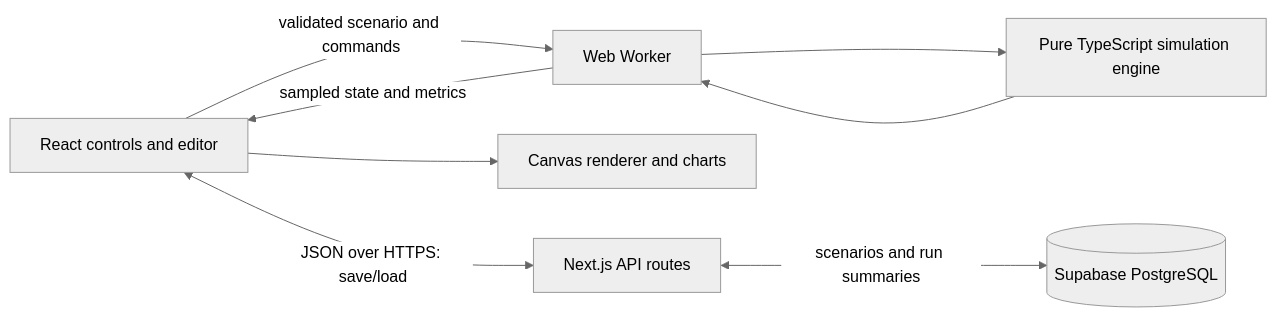
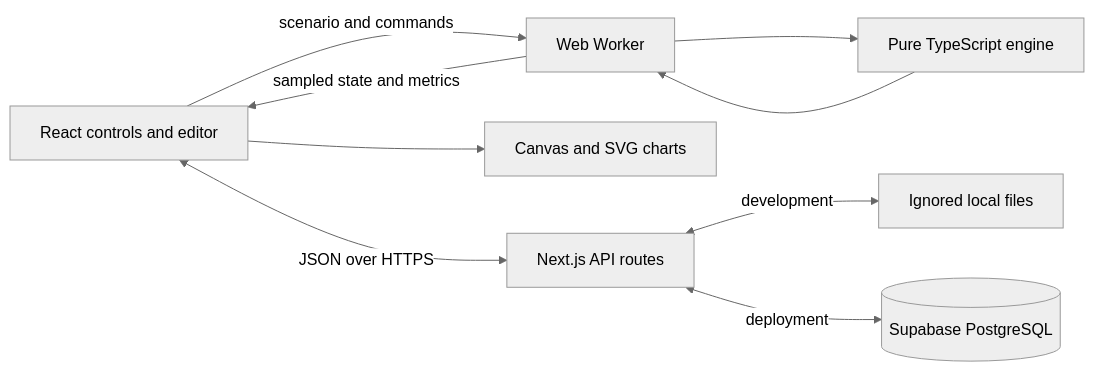
Before and after one commit to gitgoap/traffic-agentsimulator: the diagram in doc/architecture.md, drawn with Mermaid (neutral theme). The commit also changed other lines of this file and 49 other files, not shown here.

Commit message:
Build Traffic Lab simulator, editor, experiments, and sharing API

````diff
--- a/doc/architecture.md
+++ b/doc/architecture.md
@@ -31,10 +31,11 @@
 ```mermaid
 flowchart LR
-  UI[React controls and editor] -->|validated scenario and commands| W[Web Worker]
-  W --> E[Pure TypeScript simulation engine]
+  UI[React controls and editor] -->|scenario and commands| W[Web Worker]
+  W --> E[Pure TypeScript engine]
   E --> W
   W -->|sampled state and metrics| UI
-  UI --> C[Canvas renderer and charts]
-  UI <-->|JSON over HTTPS: save/load| API[Next.js API routes]
-  API <-->|scenarios and run summaries| DB[(Supabase PostgreSQL)]
+  UI --> C[Canvas and SVG charts]
+  UI <-->|JSON over HTTPS| API[Next.js API routes]
+  API <-->|development| FS[Ignored local files]
+  API <-->|deployment| DB[(Supabase PostgreSQL)]
 ```
````
